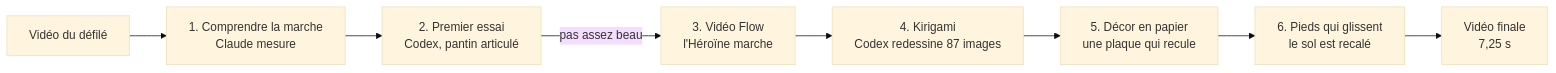
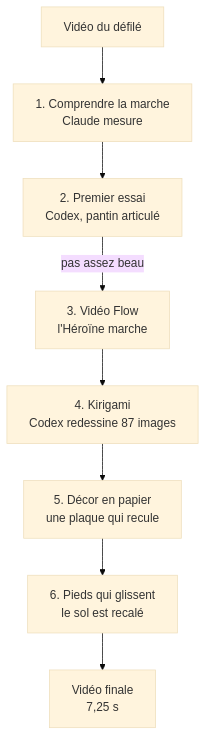
Before and after one commit to Bakann/faire-defiler-une-heroine: the diagram in README.md, drawn with Mermaid (base theme). The commit also changed 1 other file, not shown here.

Commit message:
Afficher les schémas de haut en bas pour qu'ils restent lisibles

````diff
--- a/README.md
+++ b/README.md
@@ -40,10 +40,10 @@
 ```mermaid
-flowchart LR
+flowchart TB
     V["Vidéo du défilé"] --> A["1. Comprendre la marche<br/>Claude mesure"]
     A --> P["2. Premier essai<br/>Codex, pantin articulé"]
     P -->|"pas assez beau"| F["3. Vidéo Flow<br/>l'Héroïne marche"]
     F --> K["4. Kirigami<br/>Codex redessine 87 images"]
     K --> D["5. Décor en papier<br/>une plaque qui recule"]
     D --> S["6. Pieds qui glissent<br/>le sol est recalé"]
     S --> R["Vidéo finale<br/>7,25 s"]
 ```
````
